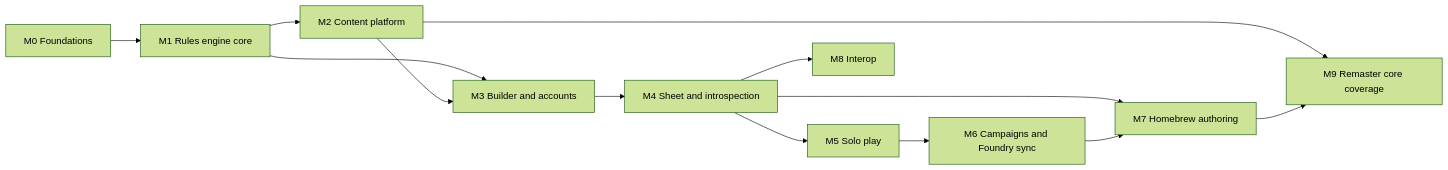
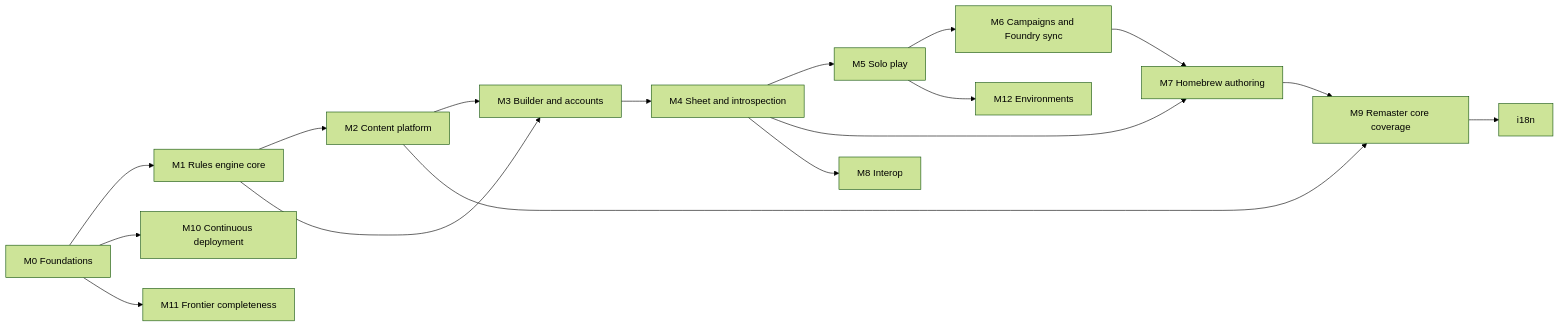
One commit to DavidDudson/pioneer changed the diagram in docs/roadmap.md. Above: the diagram before and after it, drawn with Mermaid (forest theme). The commit also changed other lines of this file and 1 other file, not shown here.

First line of the commit message:
docs(roadmap): add M10-M12 and i18n, status snapshot

````diff
--- a/docs/roadmap.md
+++ b/docs/roadmap.md
@@ -6,15 +6,19 @@
 ```mermaid
 flowchart LR
   M0[M0 Foundations] --> M1[M1 Rules engine core]
   M1 --> M2[M2 Content platform]
   M1 --> M3[M3 Builder and accounts]
   M2 --> M3
   M3 --> M4[M4 Sheet and introspection]
   M4 --> M5[M5 Solo play]
   M5 --> M6[M6 Campaigns and Foundry sync]
   M4 --> M7[M7 Homebrew authoring]
   M6 --> M7
   M4 --> M8[M8 Interop]
   M2 --> M9[M9 Remaster core coverage]
   M7 --> M9
+  M0 --> M10[M10 Continuous deployment]
+  M0 --> M11[M11 Frontier completeness]
+  M5 --> M12[M12 Environments]
+  M9 --> I18N[i18n]
 ```
````
